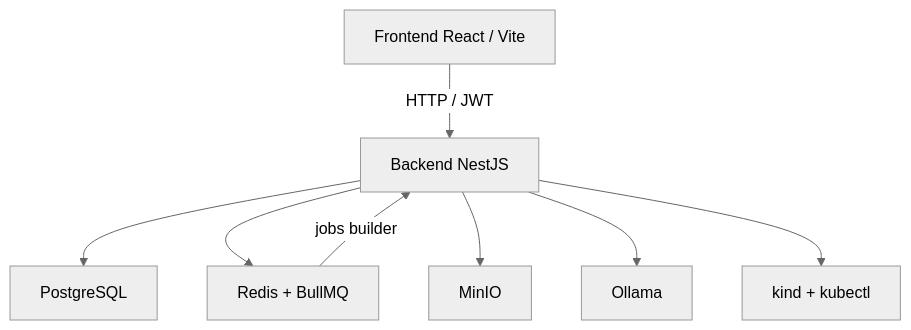
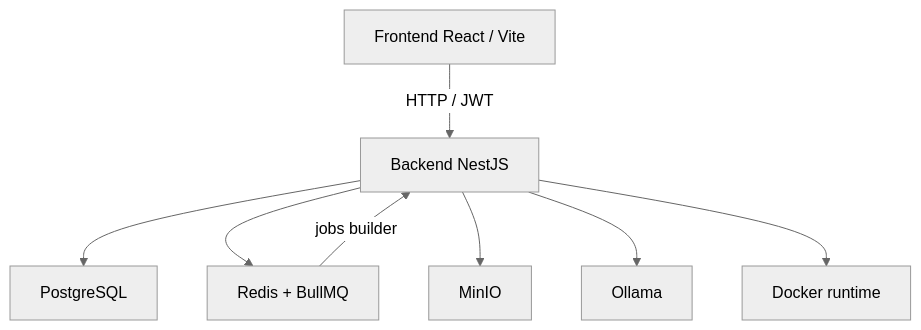
The diagram in README.md (agu-aariza/DockUS), drawn with Mermaid (neutral theme) before and after one commit. The commit also changed other lines of this file and 5 other files, not shown here.

Commit message:
chore: align docs and env templates with Docker-first runtime

````diff
--- a/README.md
+++ b/README.md
@@ -22,18 +22,18 @@
 ```mermaid
 graph TD
     UI["Frontend React / Vite"]
     API["Backend NestJS"]
     DB["PostgreSQL"]
     RQ["Redis + BullMQ"]
     S3["MinIO"]
     LLM["Ollama"]
-    K8S["kind + kubectl"]
+    RT["Docker runtime"]
 
     UI -->|HTTP / JWT| API
     API --> DB
     API --> RQ
     API --> S3
     API --> LLM
-    API --> K8S
+    API --> RT
     RQ -->|jobs builder| API
 ```
````
